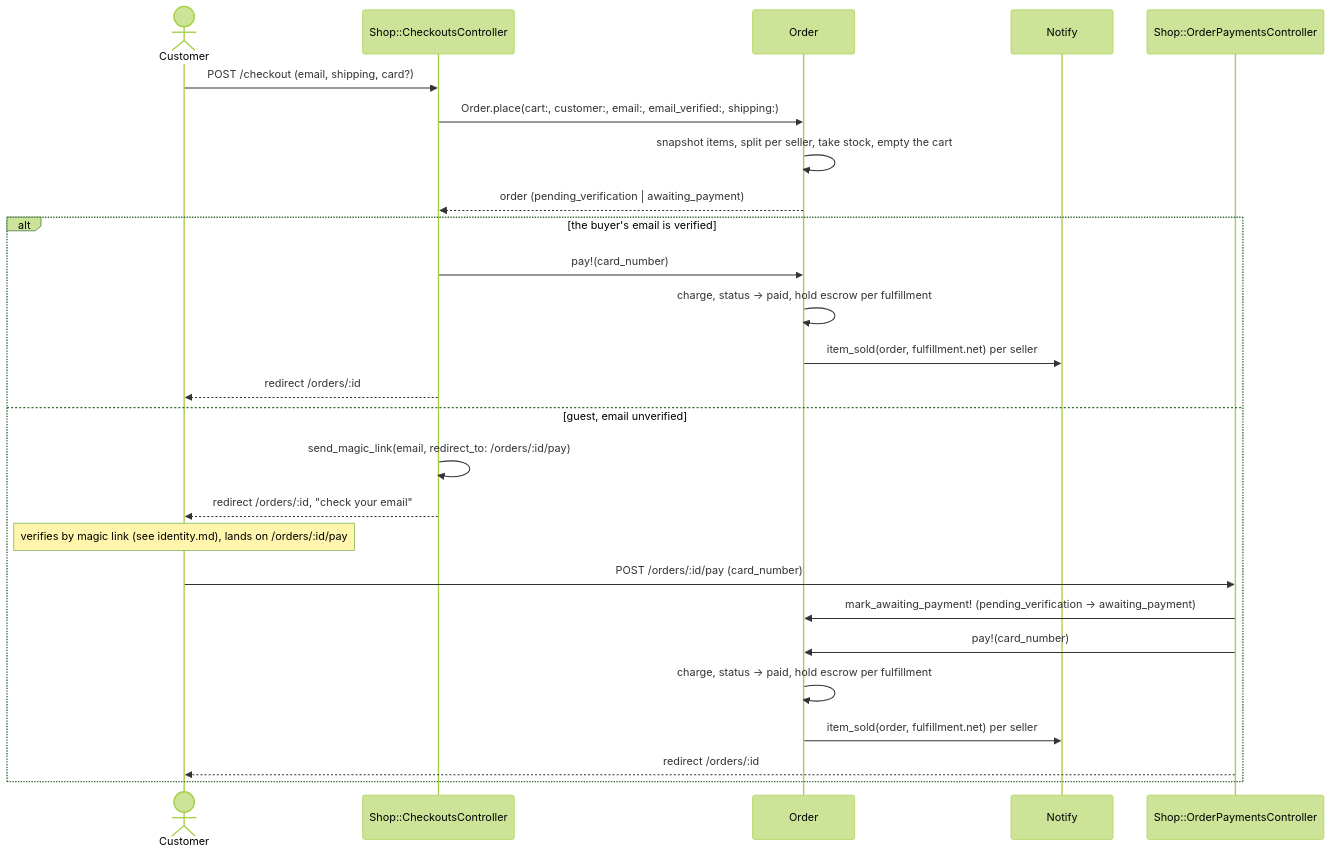
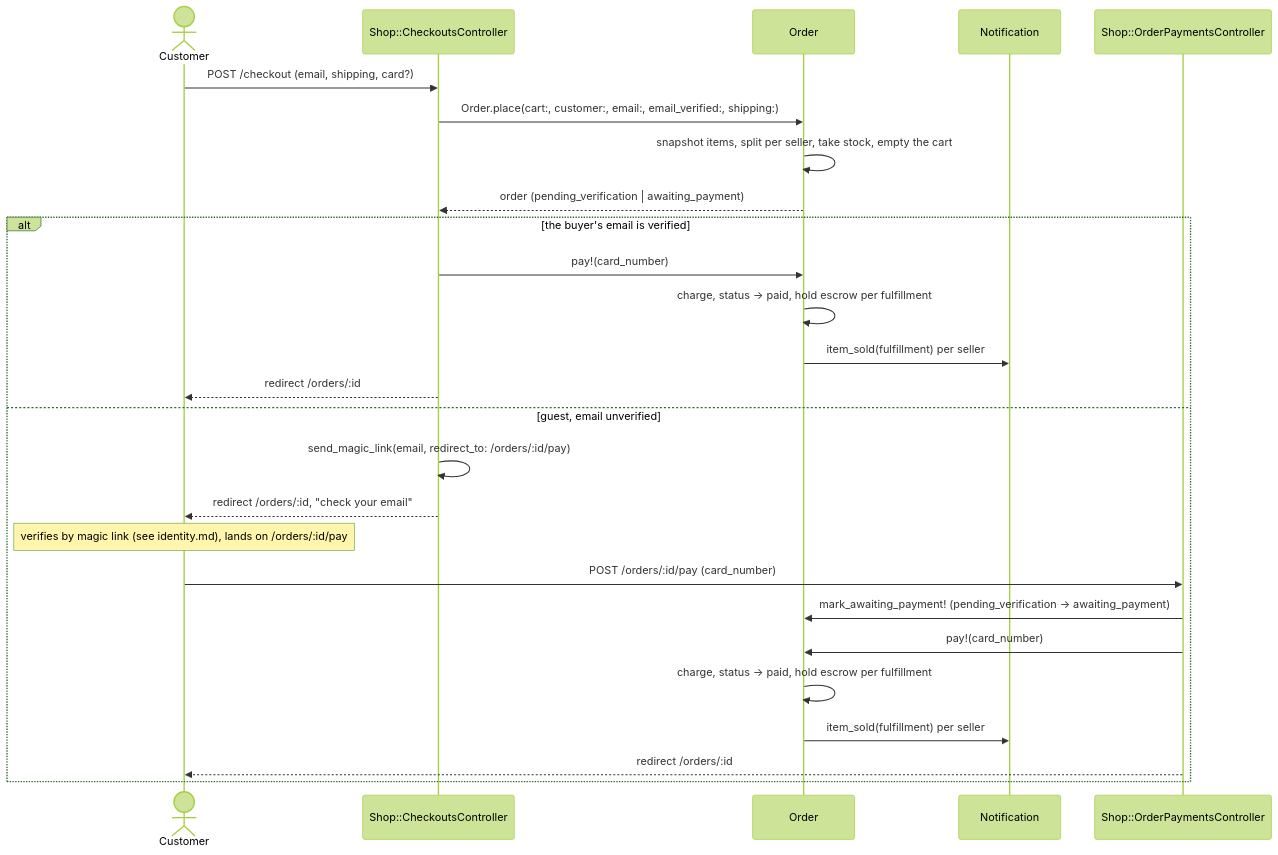
Before and after one commit to jonathan-beebe/art-store: the first of 3 diagrams in prototype/rails/docs/orders.md, drawn with Mermaid (forest theme). The commit also changed 31 other files, not shown here.

````diff
--- a/prototype/rails/docs/orders.md
+++ b/prototype/rails/docs/orders.md
@@ -13,30 +13,30 @@
 ```mermaid
 sequenceDiagram
     actor Customer
     participant Checkout as Shop::CheckoutsController
     participant Order
-    participant Notify
+    participant Notification
     participant Pay as Shop::OrderPaymentsController
 
     Customer->>Checkout: POST /checkout (email, shipping, card?)
     Checkout->>Order: Order.place(cart:, customer:, email:, email_verified:, shipping:)
     Order->>Order: snapshot items, split per seller, take stock, empty the cart
     Order-->>Checkout: order (pending_verification | awaiting_payment)
 
     alt the buyer's email is verified
         Checkout->>Order: pay!(card_number)
         Order->>Order: charge, status -> paid, hold escrow per fulfillment
-        Order->>Notify: item_sold(order, fulfillment.net) per seller
+        Order->>Notification: item_sold(fulfillment) per seller
         Checkout-->>Customer: redirect /orders/:id
     else guest, email unverified
         Checkout->>Checkout: send_magic_link(email, redirect_to: /orders/:id/pay)
         Checkout-->>Customer: redirect /orders/:id, "check your email"
         Note over Customer: verifies by magic link (see identity.md), lands on /orders/:id/pay
         Customer->>Pay: POST /orders/:id/pay (card_number)
         Pay->>Order: mark_awaiting_payment! (pending_verification -> awaiting_payment)
         Pay->>Order: pay!(card_number)
         Order->>Order: charge, status -> paid, hold escrow per fulfillment
-        Order->>Notify: item_sold(order, fulfillment.net) per seller
+        Order->>Notification: item_sold(fulfillment) per seller
         Pay-->>Customer: redirect /orders/:id
     end
 ```
````
